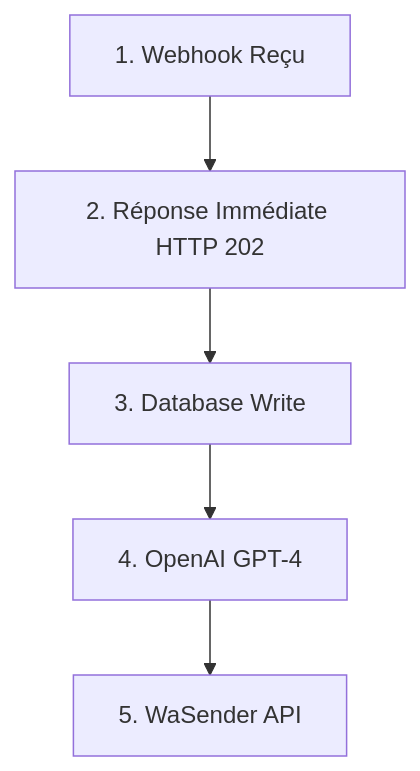
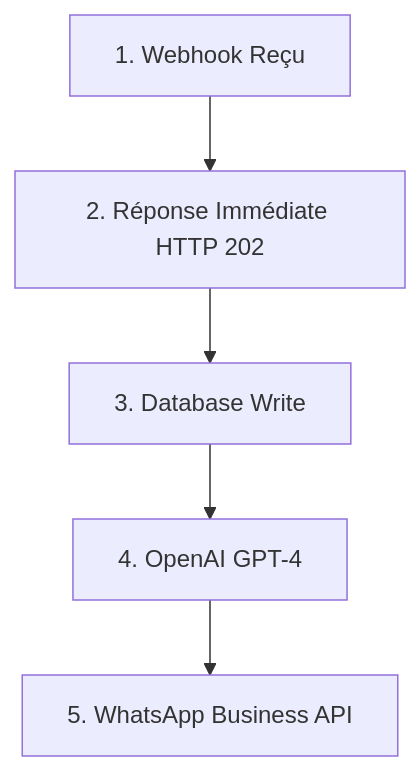
One commit to systemifyautomation/dentist-lead-qualification changed the second of 6 diagrams in README.md. Above: the diagram before and after it, drawn with Mermaid. The commit also changed other lines of this file and 3 other files, not shown here.

````diff
--- a/README.md
+++ b/README.md
@@ -147,7 +147,7 @@
 ```mermaid
 flowchart TD
   A[1. Webhook Reçu] --> B[2. Réponse Immédiate HTTP 202]
   B --> C[3. Database Write]
   C --> D[4. OpenAI GPT-4]
-  D --> E[5. WaSender API]
+  D --> E[5. WhatsApp Business API]
 ```
````
